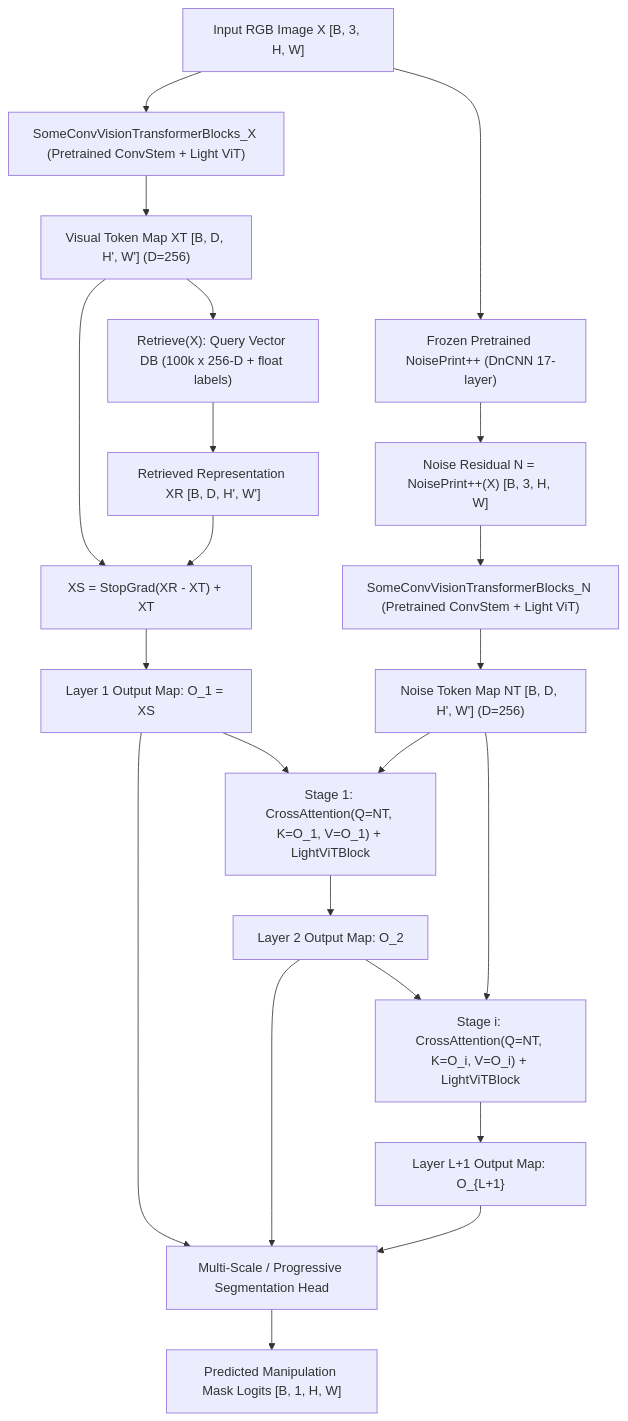
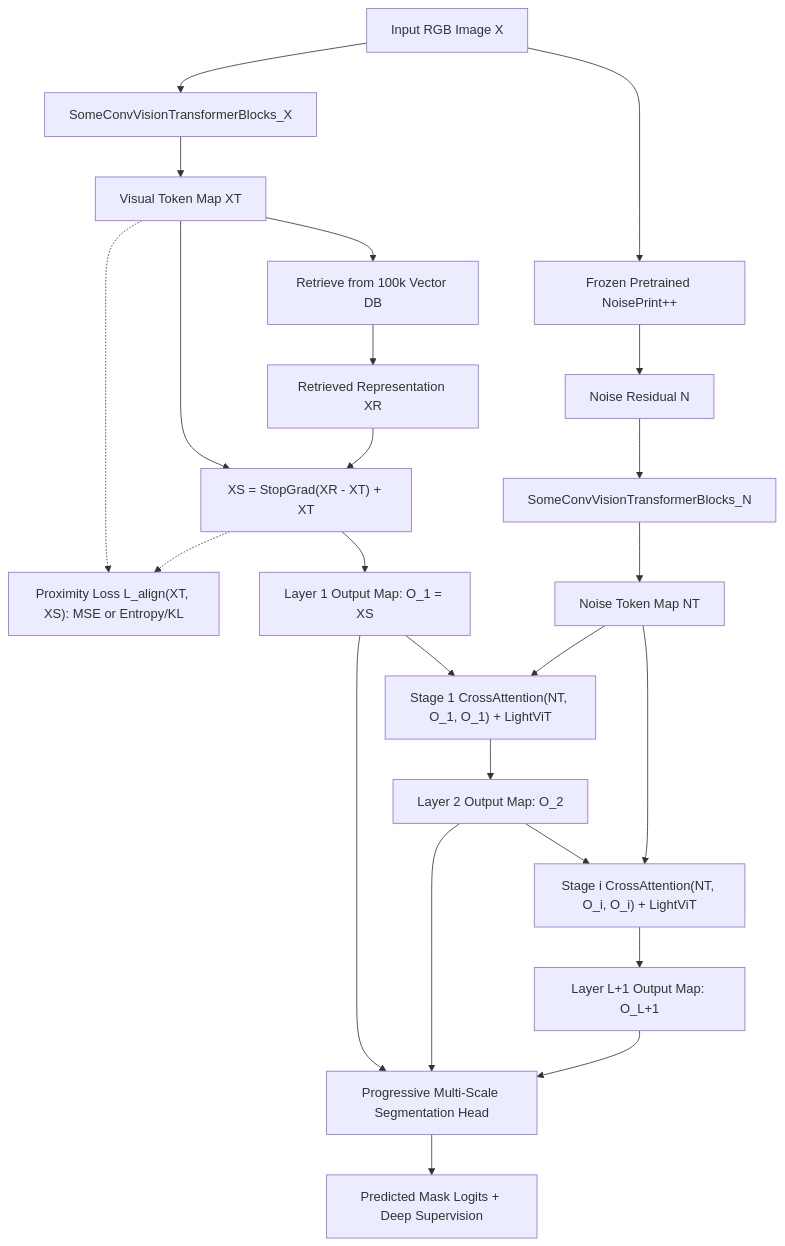
Before and after one commit to khangtruong-ui/ai-detection-unet-gpu: the diagram in docs/noise_rag_prototype_v1_requirements.md, drawn with Mermaid. The commit also changed other lines of this file, not shown here.

Commit message:
docs(spec): fix mermaid rendering and add XS-XT alignment loss (MSE/entropy)

````diff
--- a/docs/noise_rag_prototype_v1_requirements.md
+++ b/docs/noise_rag_prototype_v1_requirements.md
@@ -106,24 +142,26 @@
 ```mermaid
 flowchart TD
-    X["Input RGB Image X [B, 3, H, W]"] --> NP["Frozen Pretrained NoisePrint++ (DnCNN 17-layer)"]
-    X --> ConvViT_X["SomeConvVisionTransformerBlocks_X (Pretrained ConvStem + Light ViT)"]
-    NP --> N["Noise Residual N = NoisePrint++(X) [B, 3, H, W]"]
-    N --> ConvViT_N["SomeConvVisionTransformerBlocks_N (Pretrained ConvStem + Light ViT)"]
-    ConvViT_X --> XT["Visual Token Map XT [B, D, H', W'] (D=256)"]
-    XT --> Ret["Retrieve(X): Query Vector DB (100k x 256-D + float labels)"]
-    Ret --> XR["Retrieved Representation XR [B, D, H', W']"]
+    X["Input RGB Image X"] --> NP["Frozen Pretrained NoisePrint++"]
+    X --> ConvViT_X["SomeConvVisionTransformerBlocks_X"]
+    NP --> N["Noise Residual N"]
+    N --> ConvViT_N["SomeConvVisionTransformerBlocks_N"]
+    ConvViT_X --> XT["Visual Token Map XT"]
+    XT --> Ret["Retrieve from 100k Vector DB"]
+    Ret --> XR["Retrieved Representation XR"]
     XT --> SG["XS = StopGrad(XR - XT) + XT"]
     XR --> SG
-    ConvViT_N --> NT["Noise Token Map NT [B, D, H', W'] (D=256)"]
+    XT -.-> AlignLoss["Proximity Loss L_align(XT, XS): MSE or Entropy/KL"]
+    SG -.-> AlignLoss
+    ConvViT_N --> NT["Noise Token Map NT"]
     SG --> O1["Layer 1 Output Map: O_1 = XS"]
-    O1 --> CA1["Stage 1: CrossAttention(Q=NT, K=O_1, V=O_1) + LightViTBlock"]
+    O1 --> CA1["Stage 1 CrossAttention(NT, O_1, O_1) + LightViT"]
     NT --> CA1
     CA1 --> O2["Layer 2 Output Map: O_2"]
-    O2 --> CAK["Stage i: CrossAttention(Q=NT, K=O_i, V=O_i) + LightViTBlock"]
+    O2 --> CAK["Stage i CrossAttention(NT, O_i, O_i) + LightViT"]
     NT --> CAK
-    CAK --> OL["Layer L+1 Output Map: O_{L+1}"]
-    O1 --> Head["Multi-Scale / Progressive Segmentation Head"]
+    CAK --> OL["Layer L+1 Output Map: O_L+1"]
+    O1 --> Head["Progressive Multi-Scale Segmentation Head"]
     O2 --> Head
     OL --> Head
-    Head --> Mask["Predicted Manipulation Mask Logits [B, 1, H, W]"]
+    Head --> Mask["Predicted Mask Logits + Deep Supervision"]
 ```
````
